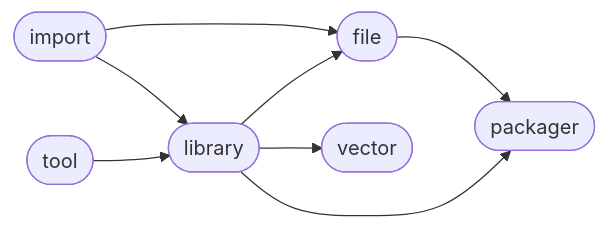
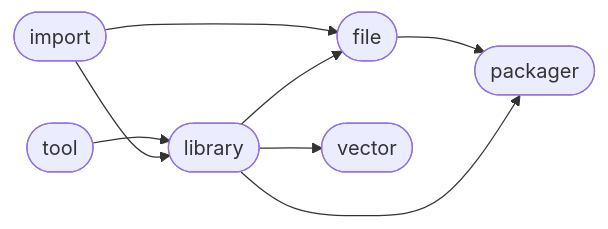
The diagram in README.md (Mandera/Mandera), drawn with Mermaid before and after one commit. The commit also changed other lines of this file, not shown here.

````diff
--- a/README.md
+++ b/README.md
@@ -6,16 +6,16 @@
 ```mermaid
 flowchart LR
+1([tool]) --> 2([library])
+2([library]) --> 4([vector])
 3([file]) --> 5([packager])
 0([import]) --> 3([file])
+0([import]) --> 2([library])
+2([library]) --> 5([packager])
 2([library]) --> 3([file])
-2([library]) --> 4([vector])
-2([library]) --> 5([packager])
-1([tool]) --> 2([library])
-0([import]) --> 2([library])
 click 0 "https://github.com/ManderaGeneral/generalimport"
 click 1 "https://github.com/ManderaGeneral/generaltool"
 click 2 "https://github.com/ManderaGeneral/generallibrary"
 click 3 "https://github.com/ManderaGeneral/generalfile"
 click 4 "https://github.com/ManderaGeneral/generalvector"
 click 5 "https://github.com/ManderaGeneral/generalpackager"
 ```
````
